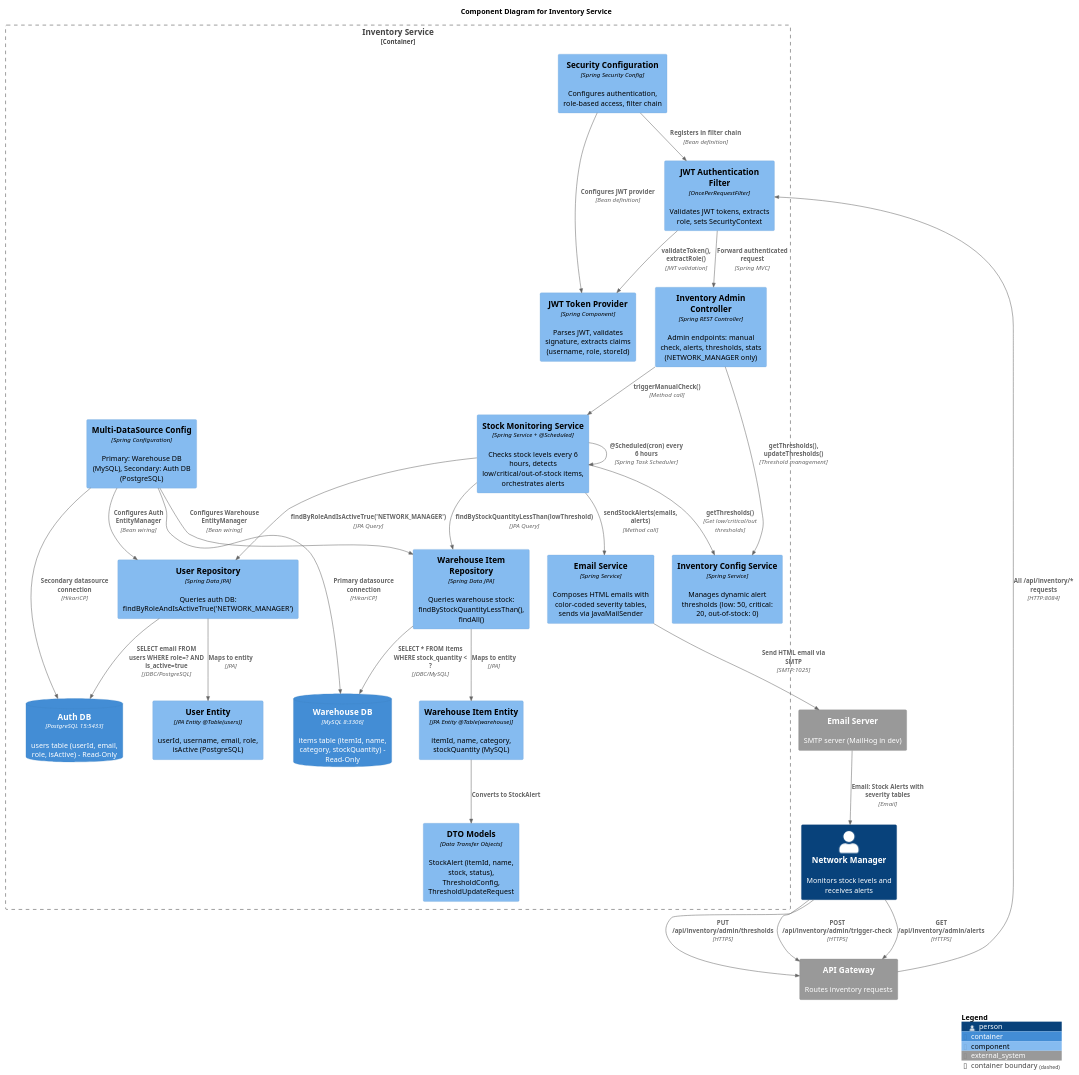
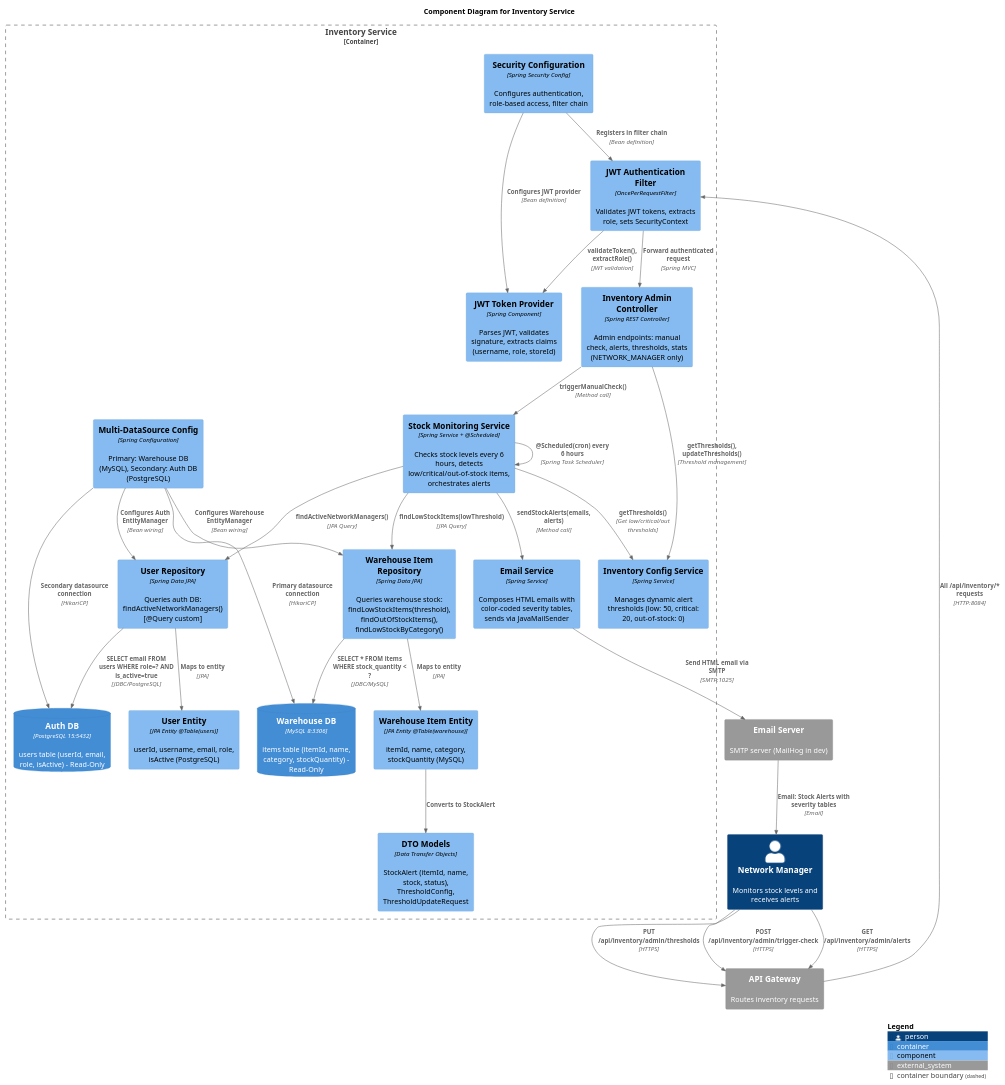
One commit to Alex180504/DE-store changed the diagram in Docs/inventory-service/component.puml. Above: the diagram before and after it, drawn with PlantUML. The commit also changed 21 other files, not shown here.

Commit message:
More UML diagrams

```diff
--- a/Docs/inventory-service/component.puml
+++ b/Docs/inventory-service/component.puml
@@ -1,87 +1,87 @@
 @startuml
 !include https://raw.githubusercontent.com/plantuml-stdlib/C4-PlantUML/master/C4_Component.puml
 
 title Component Diagram for Inventory Service
 
 ' External Actors
 Person(netMgr, "Network Manager", "Monitors stock levels and receives alerts")
 
 ' External Systems
 System_Ext(apiGw, "API Gateway", "Routes inventory requests")
 System_Ext(mailServer, "Email Server", "SMTP server (MailHog in dev)")
 
 Container_Boundary(inventoryService, "Inventory Service") {
     ' API Layer
     Component(controller, "Inventory Admin Controller", "Spring REST Controller", "Admin endpoints: manual check, alerts, thresholds, stats (NETWORK_MANAGER only)")
     
     ' Business Logic Layer
     Component(monitoringService, "Stock Monitoring Service", "Spring Service + @Scheduled", "Checks stock levels every 6 hours, detects low/critical/out-of-stock items, orchestrates alerts")
     Component(emailService, "Email Service", "Spring Service", "Composes HTML emails with color-coded severity tables, sends via JavaMailSender")
     Component(configService, "Inventory Config Service", "Spring Service", "Manages dynamic alert thresholds (low: 50, critical: 20, out-of-stock: 0)")
     
     ' Security Layer
     Component(jwtFilter, "JWT Authentication Filter", "OncePerRequestFilter", "Validates JWT tokens, extracts role, sets SecurityContext")
     Component(jwtProvider, "JWT Token Provider", "Spring Component", "Parses JWT, validates signature, extracts claims (username, role, storeId)")
     Component(securityConfig, "Security Configuration", "Spring Security Config", "Configures authentication, role-based access, filter chain")
     
     ' Data Access Layer - Warehouse
-    Component(warehouseRepo, "Warehouse Item Repository", "Spring Data JPA", "Queries warehouse stock: findByStockQuantityLessThan(), findAll()")
+    Component(warehouseRepo, "Warehouse Item Repository", "Spring Data JPA", "Queries warehouse stock: findLowStockItems(threshold), findOutOfStockItems(), findLowStockByCategory()")
     Component(warehouseEntity, "Warehouse Item Entity", "JPA Entity @Table(warehouse)", "itemId, name, category, stockQuantity (MySQL)")
     
     ' Data Access Layer - Auth
-    Component(userRepo, "User Repository", "Spring Data JPA", "Queries auth DB: findByRoleAndIsActiveTrue('NETWORK_MANAGER')")
+    Component(userRepo, "User Repository", "Spring Data JPA", "Queries auth DB: findActiveNetworkManagers() [@Query custom]")
     Component(userEntity, "User Entity", "JPA Entity @Table(users)", "userId, username, email, role, isActive (PostgreSQL)")
     
     ' Domain Models
     Component(dtoModels, "DTO Models", "Data Transfer Objects", "StockAlert (itemId, name, stock, status), ThresholdConfig, ThresholdUpdateRequest")
     
     ' Configuration
     Component(dataSourceConfig, "Multi-DataSource Config", "Spring Configuration", "Primary: Warehouse DB (MySQL), Secondary: Auth DB (PostgreSQL)")
     
     ' Databases
     ContainerDb(warehouseDB, "Warehouse DB", "MySQL 8:3306", "items table (itemId, name, category, stockQuantity) - Read-Only")
-    ContainerDb(authDB, "Auth DB", "PostgreSQL 15:5433", "users table (userId, email, role, isActive) - Read-Only")
+    ContainerDb(authDB, "Auth DB", "PostgreSQL 15:5432", "users table (userId, email, role, isActive) - Read-Only")
 }
 
 ' --- Relationships ---
 
 ' External to Service
 Rel(netMgr, apiGw, "POST /api/inventory/admin/trigger-check", "HTTPS")
 Rel(netMgr, apiGw, "GET /api/inventory/admin/alerts", "HTTPS")
 Rel(netMgr, apiGw, "PUT /api/inventory/admin/thresholds", "HTTPS")
 Rel(apiGw, jwtFilter, "All /api/inventory/* requests", "HTTP:8084")
 
 ' Request Flow - Manual Check
 Rel(jwtFilter, jwtProvider, "validateToken(), extractRole()", "JWT validation")
 Rel(jwtFilter, controller, "Forward authenticated request", "Spring MVC")
 Rel(controller, monitoringService, "triggerManualCheck()", "Method call")
 
 ' Scheduled Flow - Background Job
 Rel(monitoringService, monitoringService, "@Scheduled(cron) every 6 hours", "Spring Task Scheduler")
 Rel(monitoringService, configService, "getThresholds()", "Get low/critical/out thresholds")
-Rel(monitoringService, warehouseRepo, "findByStockQuantityLessThan(lowThreshold)", "JPA Query")
+Rel(monitoringService, warehouseRepo, "findLowStockItems(lowThreshold)", "JPA Query")
 Rel(warehouseRepo, warehouseDB, "SELECT * FROM items WHERE stock_quantity < ?", "JDBC/MySQL")
 Rel(warehouseRepo, warehouseEntity, "Maps to entity", "JPA")
 Rel(warehouseEntity, dtoModels, "Converts to StockAlert", "")
-Rel(monitoringService, userRepo, "findByRoleAndIsActiveTrue('NETWORK_MANAGER')", "JPA Query")
+Rel(monitoringService, userRepo, "findActiveNetworkManagers()", "JPA Query")
 Rel(userRepo, authDB, "SELECT email FROM users WHERE role=? AND is_active=true", "JDBC/PostgreSQL")
 Rel(userRepo, userEntity, "Maps to entity", "JPA")
 
 ' Email Flow
 Rel(monitoringService, emailService, "sendStockAlerts(emails, alerts)", "Method call")
 Rel(emailService, mailServer, "Send HTML email via SMTP", "SMTP:1025")
 Rel(mailServer, netMgr, "Email: Stock Alerts with severity tables", "Email")
 
 ' Configuration Flow
 Rel(controller, configService, "getThresholds(), updateThresholds()", "Threshold management")
 Rel(dataSourceConfig, warehouseRepo, "Configures Warehouse EntityManager", "Bean wiring")
 Rel(dataSourceConfig, userRepo, "Configures Auth EntityManager", "Bean wiring")
 Rel(dataSourceConfig, warehouseDB, "Primary datasource connection", "HikariCP")
 Rel(dataSourceConfig, authDB, "Secondary datasource connection", "HikariCP")
 
 ' Security Configuration
 Rel(securityConfig, jwtFilter, "Registers in filter chain", "Bean definition")
 Rel(securityConfig, jwtProvider, "Configures JWT provider", "Bean definition")
 
 SHOW_LEGEND()
 @enduml
```
